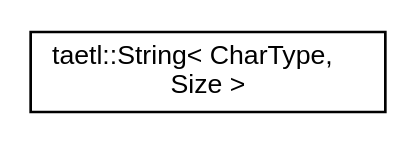
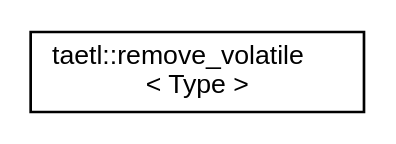
Before and after one commit to tobanteAudio/taetl: the diagram in inherit_graph_12.dot, drawn with Graphviz. The commit also changed 79 other files, not shown here.

```diff
--- a/inherit_graph_12.dot
+++ b/inherit_graph_12.dot
@@ -1,7 +1,7 @@
 digraph "Graphical Class Hierarchy"
 {
   edge [fontname="Helvetica",fontsize="10",labelfontname="Helvetica",labelfontsize="10"];
   node [fontname="Helvetica",fontsize="10",shape=record];
   rankdir="LR";
-  Node0 [label="taetl::String\< CharType,\l Size \>",height=0.2,width=0.4,color="black", fillcolor="white", style="filled",URL="$classtaetl_1_1String.html",tooltip="String class with fixed size capacity. "];
+  Node0 [label="taetl::remove_volatile\l\< Type \>",height=0.2,width=0.4,color="black", fillcolor="white", style="filled",URL="$structtaetl_1_1remove__volatile.html"];
 }
```
